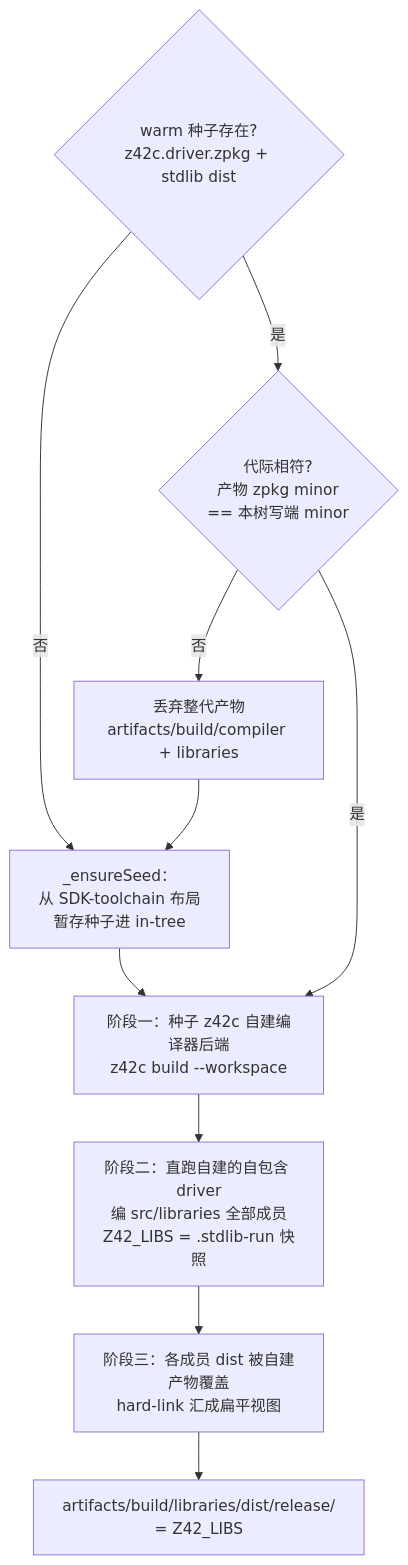
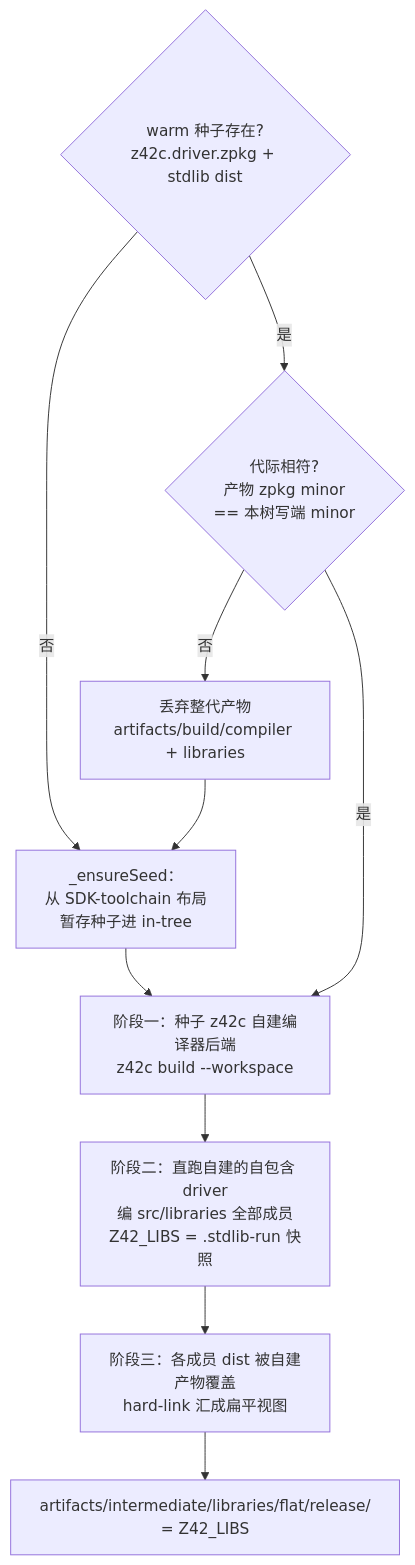
One commit to z42-lang/z42 changed the first of 2 diagrams in docs/internals/src/devinfra/build.md. Above: the diagram before and after it, drawn with Mermaid. The commit also changed 328 other files, not shown here.

````diff
--- a/docs/internals/src/devinfra/build.md
+++ b/docs/internals/src/devinfra/build.md
@@ -45,12 +45,12 @@
 ```mermaid
 graph TD
     S{warm 种子存在?<br/>z42c.driver.zpkg + stdlib dist} -->|否| C0[_ensureSeed：<br/>从 SDK-toolchain 布局<br/>暂存种子进 in-tree]
     S -->|是| G{代际相符?<br/>产物 zpkg minor<br/>== 本树写端 minor}
     G -->|否| D0[丢弃整代产物<br/>artifacts/build/compiler + libraries]
     D0 --> C0
     C0 --> P1
     G -->|是| P1[阶段一：种子 z42c 自建编译器后端<br/>z42c build --workspace]
     P1 --> P2[阶段二：直跑自建的自包含 driver<br/>编 src/libraries 全部成员<br/>Z42_LIBS = .stdlib-run 快照]
     P2 --> P3[阶段三：各成员 dist 被自建产物覆盖<br/>hard-link 汇成扁平视图]
-    P3 --> OUT[artifacts/build/libraries/dist/release/<br/>= Z42_LIBS]
+    P3 --> OUT[artifacts/intermediate/libraries/flat/release/<br/>= Z42_LIBS]
 ```
````
